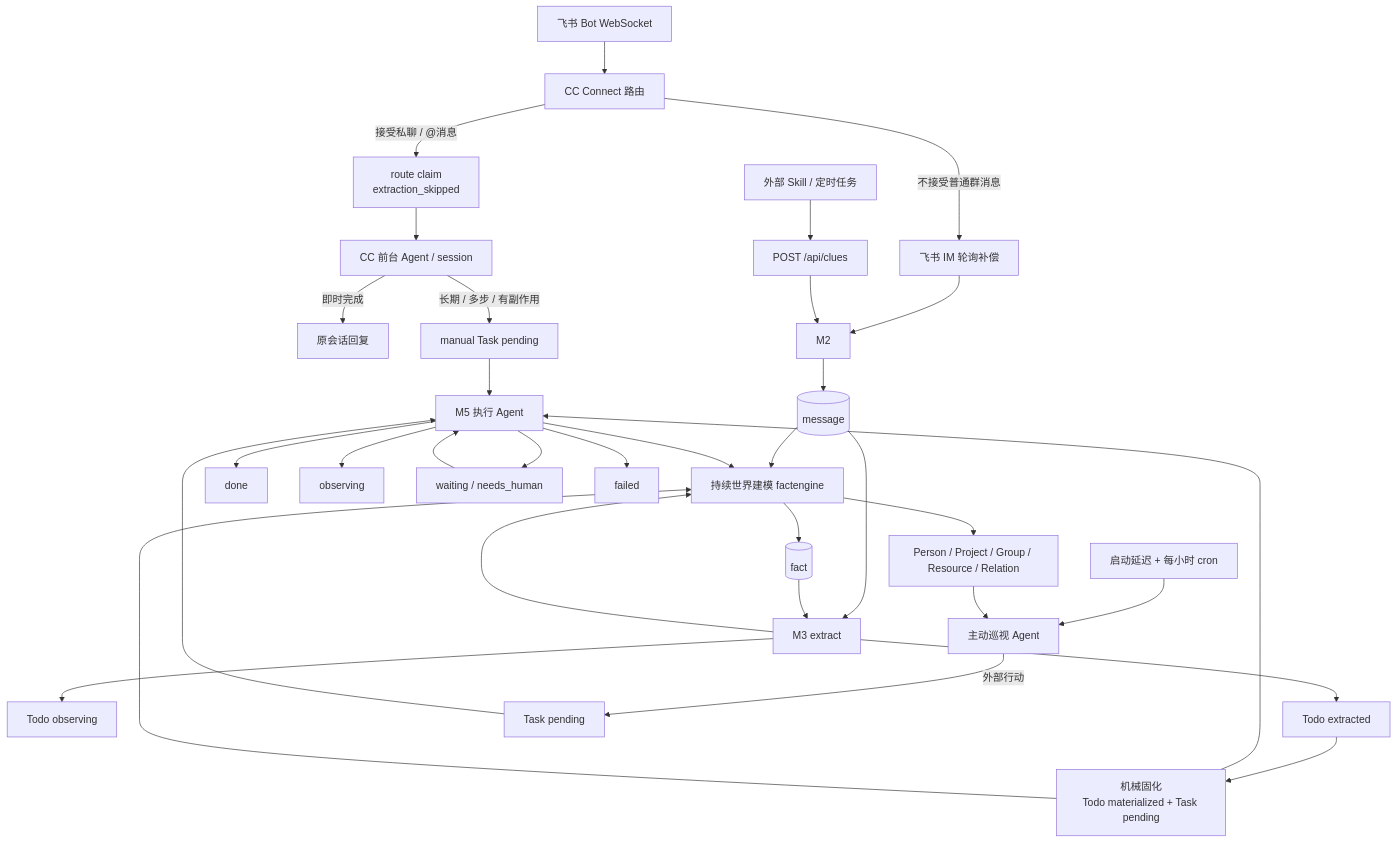
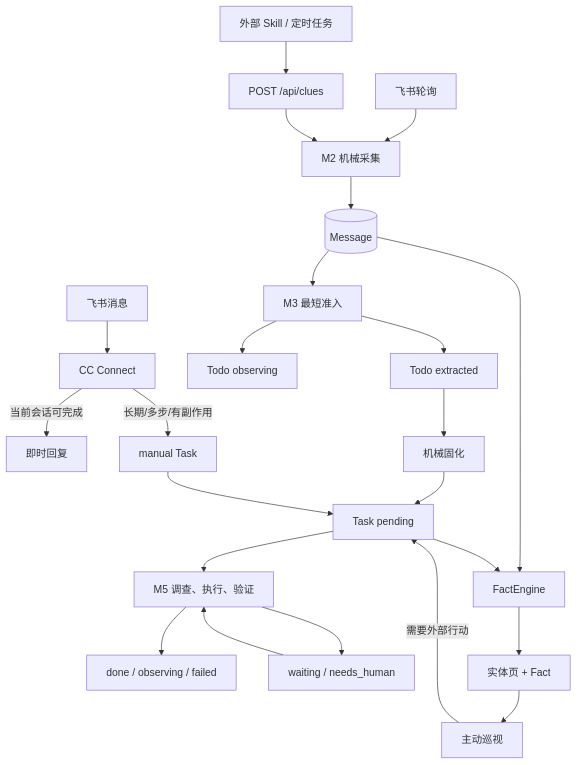
Before and after one commit to mjscjj/jarvis: the second of 2 diagrams in docs/00-overview.md, drawn with Mermaid. The commit also changed other lines of this file and 387 other files, not shown here.

````diff
--- a/docs/00-overview.md
+++ b/docs/00-overview.md
@@ -45,31 +42,23 @@
 ```mermaid
 flowchart TD
-    EVENT["飞书 Bot WebSocket"] --> CC["CC Connect 路由"]
-    CC -->|"接受私聊 / @消息"| CLAIM["route claim\nextraction_skipped"]
-    CLAIM --> CCA["CC 前台 Agent / session"]
-    CCA -->|"即时完成"| REPLY["原会话回复"]
-    CCA -->|"长期 / 多步 / 有副作用"| CTASK["manual Task pending"] --> EXEC
-    CC -->|"不接受普通群消息"| POLL
-    POLL["飞书 IM 轮询补偿"] --> M2
+    BOT["飞书消息"] --> CC["CC Connect"]
+    CC -->|"当前会话可完成"| REPLY["即时回复"]
+    CC -->|"长期/多步/有副作用"| MANUAL["manual Task"]
+    POLL["飞书轮询"] --> M2
     EXT["外部 Skill / 定时任务"] --> CLUE["POST /api/clues"] --> M2
-    M2 --> MSG[("message")]
-    MSG --> FACT["持续世界建模 factengine"] --> F[("fact")]
-    MSG --> M3["M3 extract"]
-    F --> M3
-    M3 --> OBS0["Todo observing"]
-    M3 --> EXT0["Todo extracted"]
-    M3 --> FACT
-    EXT0 --> MATERIALIZED["机械固化\nTodo materialized + Task pending"]
-    MATERIALIZED --> EXEC["M5 执行 Agent"]
-    MATERIALIZED --> FACT
-    EXEC --> FACT
-    EXEC --> DONE["done"]
-    EXEC --> OBS2["observing"]
-    EXEC --> WAIT["waiting / needs_human"]
-    EXEC --> FAIL["failed"]
-    WAIT --> EXEC
-    CRON["启动延迟 + 每小时 cron"] --> PROACTIVE["主动巡视 Agent"]
-    FACT --> WORLD["Person / Project / Group / Resource / Relation"]
-    WORLD --> PROACTIVE
-    PROACTIVE -->|"外部行动"| PTASK["Task pending"] --> EXEC
+    M2["M2 机械采集"] --> MSG[("Message")]
+    MSG --> M3["M3 最短准入"]
+    M3 --> OBS["Todo observing"]
+    M3 --> EXTDO["Todo extracted"]
+    EXTDO --> MAT["机械固化"] --> TASK["Task pending"]
+    MANUAL --> TASK
+    TASK --> M5["M5 调查、执行、验证"]
+    M5 --> DONE["done / observing / failed"]
+    M5 --> PARK["waiting / needs_human"]
+    PARK --> M5
+    MSG --> FACT["FactEngine"]
+    TASK --> FACT
+    FACT --> WORLD["实体页 + Fact"]
+    WORLD --> PRO["主动巡视"]
+    PRO -->|"需要外部行动"| TASK
 ```
````
